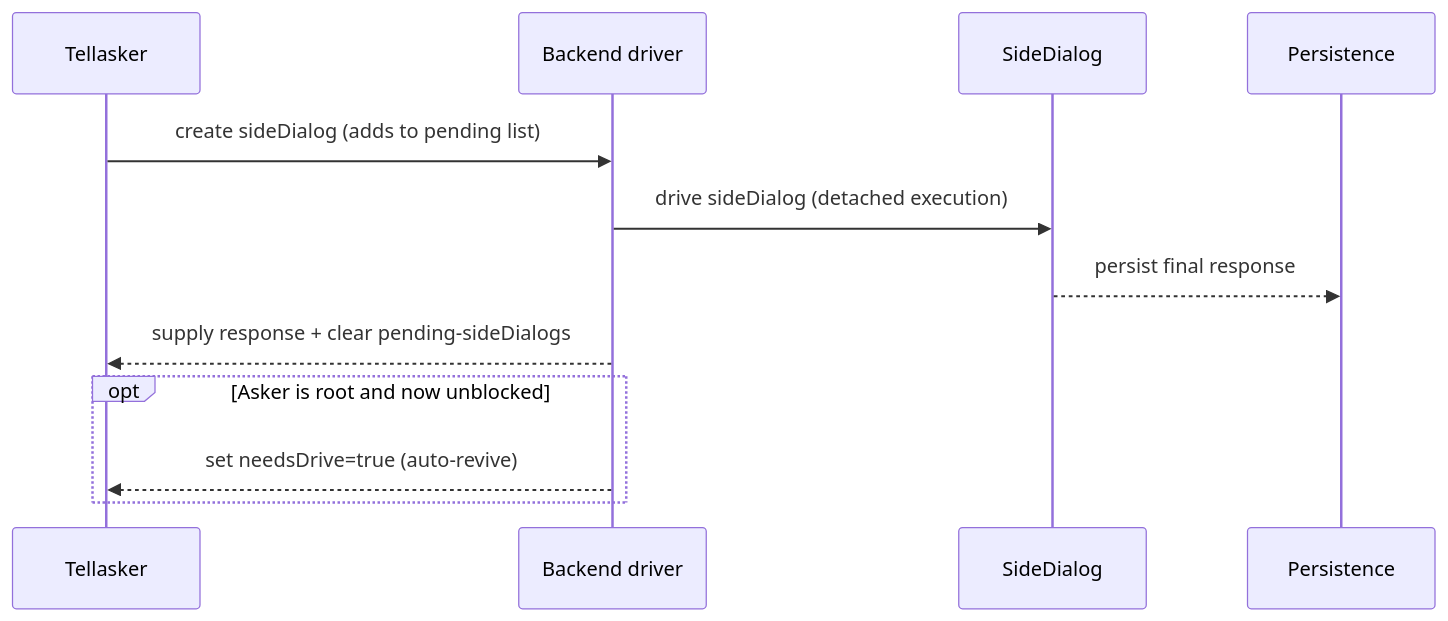
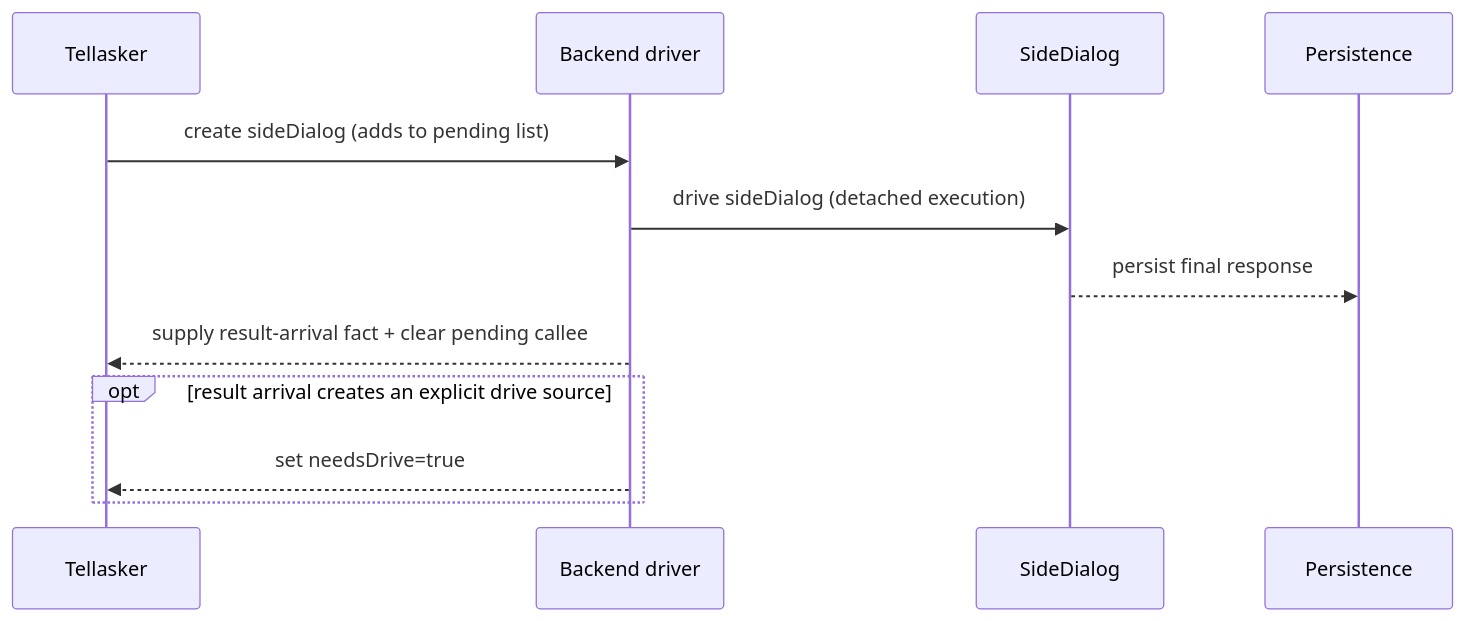
One commit to longrun-ai/dominds changed the seventh of 18 diagrams in docs/dialog-system.md. Above: the diagram before and after it, drawn with Mermaid. The commit also changed other lines of this file and 54 other files, not shown here.

````diff
--- a/docs/dialog-system.md
+++ b/docs/dialog-system.md
@@ -723,15 +720,15 @@
 ```mermaid
 sequenceDiagram
   participant Asker as Tellasker
   participant Driver as Backend driver
   participant Side as SideDialog
   participant Store as Persistence
 
   Asker->>Driver: create sideDialog (adds to pending list)
   Driver->>Side: drive sideDialog (detached execution)
   Side-->>Store: persist final response
-  Driver-->>Asker: supply response + clear pending-sideDialogs
-  opt Asker is root and now unblocked
-    Driver-->>Asker: set needsDrive=true (auto-revive)
+  Driver-->>Asker: supply result-arrival fact + clear pending callee
+  opt result arrival creates an explicit drive source
+    Driver-->>Asker: set needsDrive=true
   end
 ```
````
